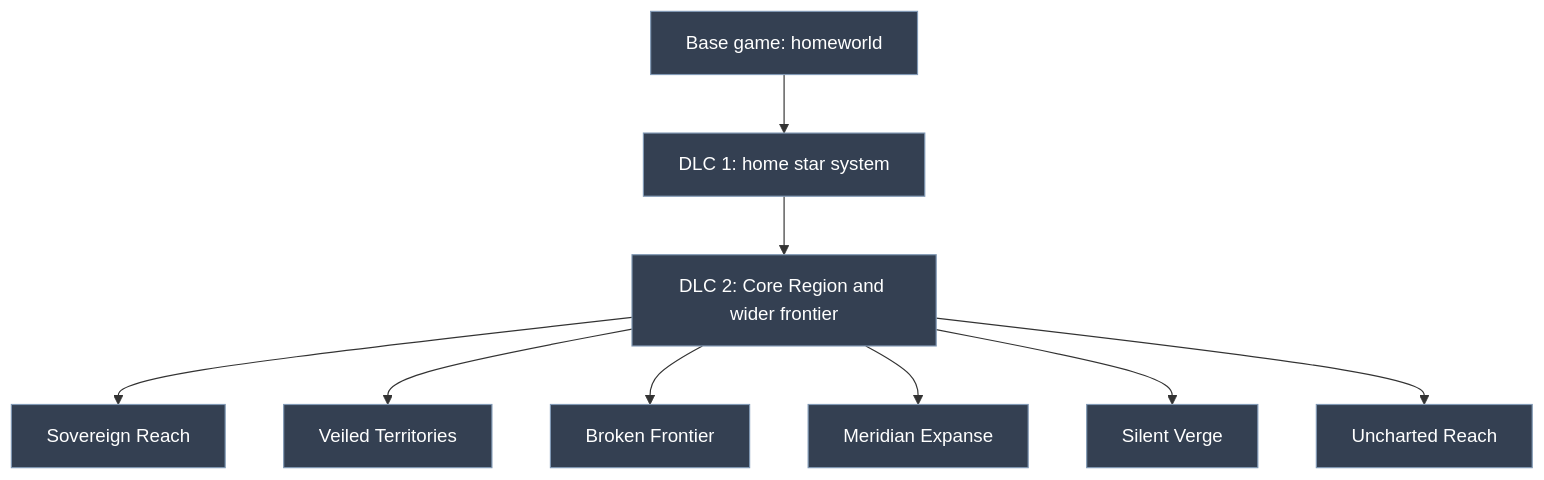
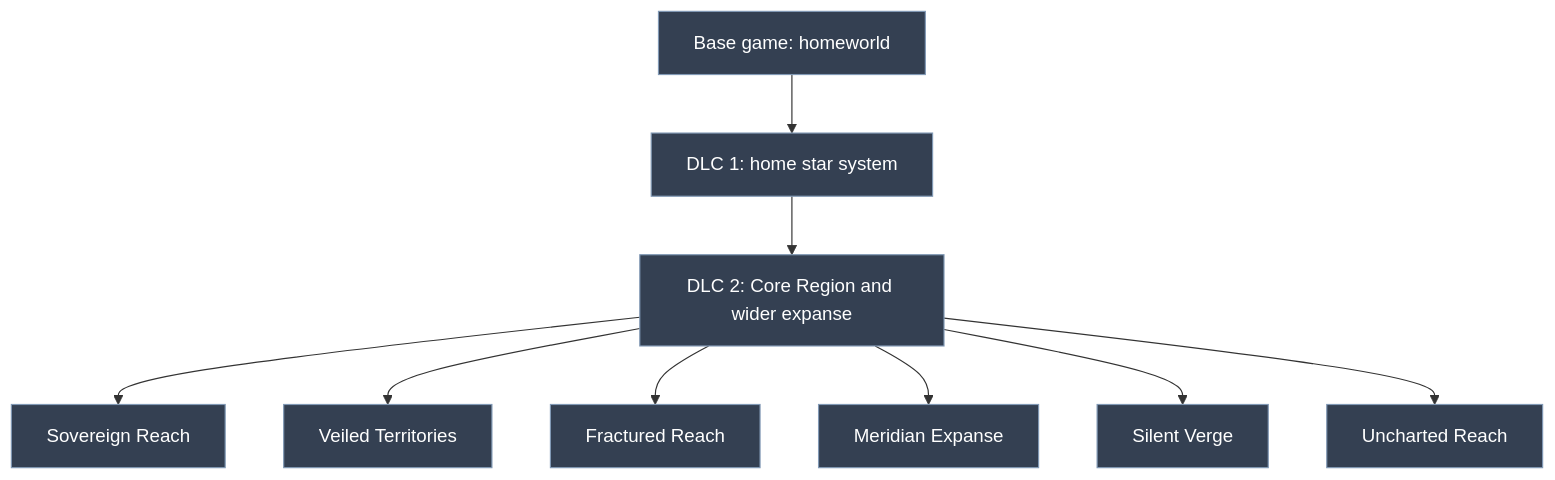
Before and after one commit to loganlewisw1112-create/Age-of-modern-war: the sixth of 7 diagrams in README.md, drawn with Mermaid. The commit also changed other lines of this file and 10 other files, not shown here.

````diff
--- a/README.md
+++ b/README.md
@@ -672,13 +672,13 @@
 ```mermaid
 flowchart TD
     A[Base game: homeworld] --> B[DLC 1: home star system]
-    B --> C[DLC 2: Core Region and wider frontier]
+    B --> C[DLC 2: Core Region and wider expanse]
     C --> D[Sovereign Reach]
     C --> E[Veiled Territories]
-    C --> F[Broken Frontier]
+    C --> F[Fractured Reach]
     C --> G[Meridian Expanse]
     C --> H[Silent Verge]
     C --> I[Uncharted Reach]
-    classDef frontier fill:#344052,stroke:#8199b5,color:#fff
-    class A,B,C,D,E,F,G,H,I frontier
+    classDef expanse fill:#344052,stroke:#8199b5,color:#fff
+    class A,B,C,D,E,F,G,H,I expanse
 ```
````
